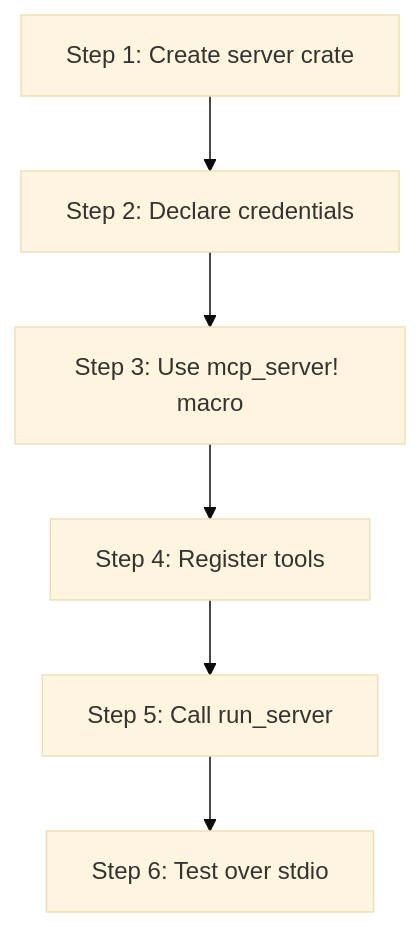
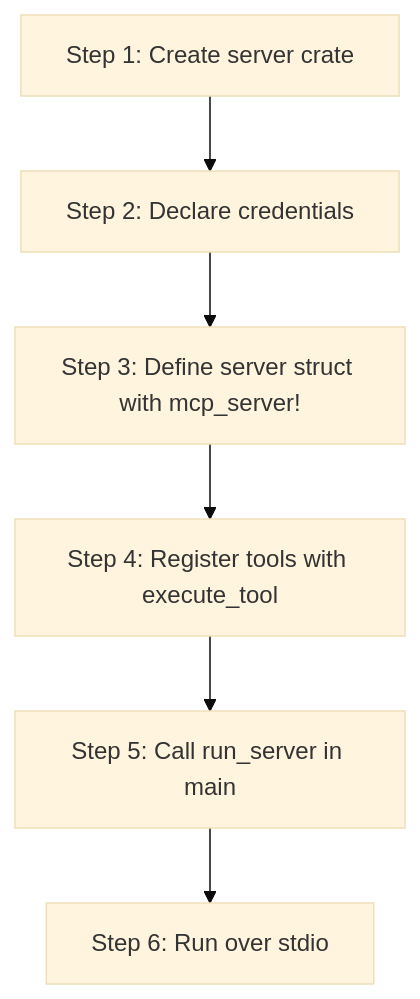
The diagram in kask/docs/diataxis/hkask-mcp-server/tutorial.md (mdz-axo/zed-kask), drawn with Mermaid (base theme) before and after one commit. The commit also changed other lines of this file and 41 other files, not shown here.

````diff
--- a/kask/docs/diataxis/hkask-mcp-server/tutorial.md
+++ b/kask/docs/diataxis/hkask-mcp-server/tutorial.md
@@ -21,8 +26,8 @@
 ```mermaid
 flowchart TD
     A[Step 1: Create server crate] --> B[Step 2: Declare credentials]
-    B --> C[Step 3: Use mcp_server! macro]
-    C --> D[Step 4: Register tools]
-    D --> E[Step 5: Call run_server]
-    E --> F[Step 6: Test over stdio]
+    B --> C[Step 3: Define server struct with mcp_server!]
+    C --> D[Step 4: Register tools with execute_tool]
+    D --> E[Step 5: Call run_server in main]
+    E --> F[Step 6: Run over stdio]
 ```
````
